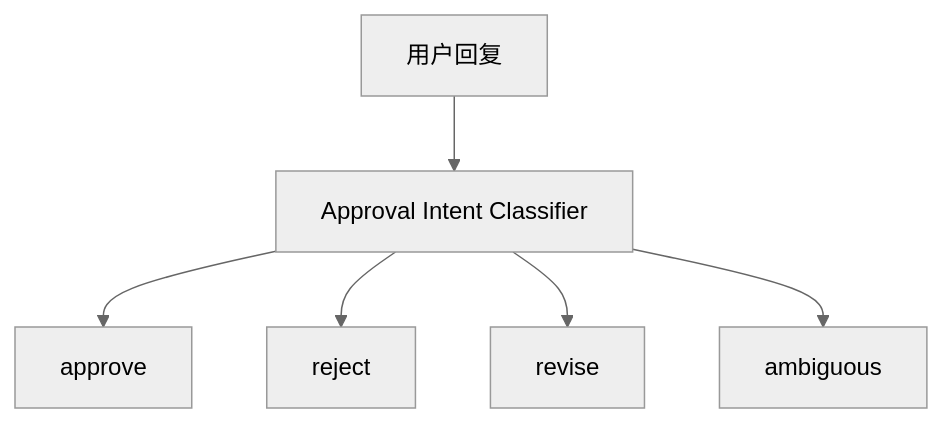
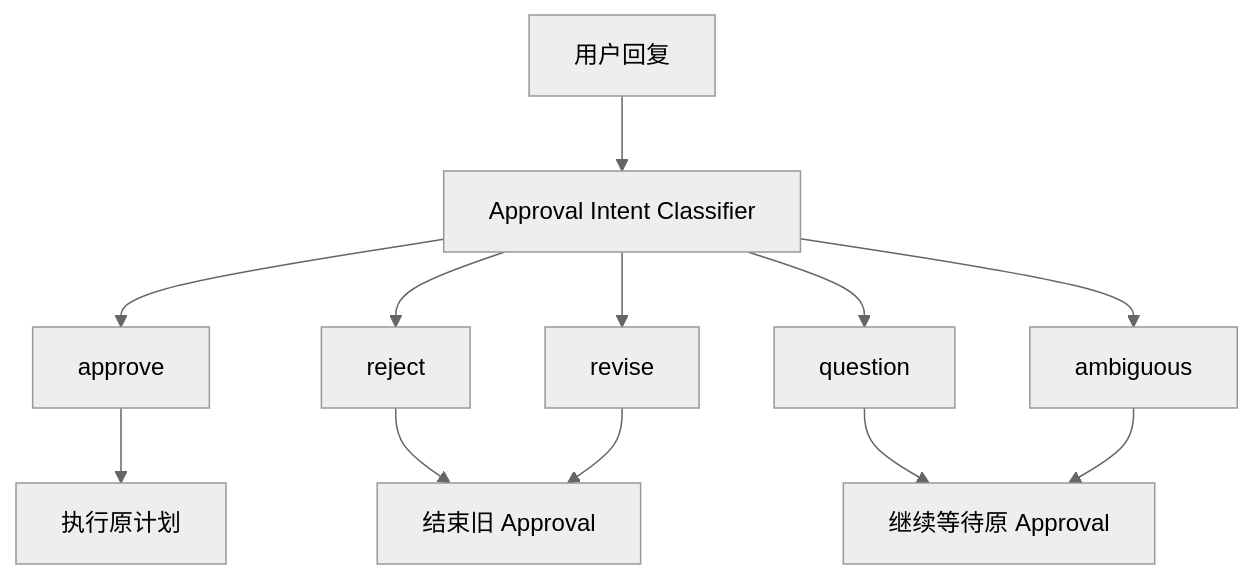
One commit to Arthur999459up/GitAgent changed the seventh of 19 diagrams in docs/08-approval-and-remote-mutations.md. Above: the diagram before and after it, drawn with Mermaid (neutral theme). The commit also changed other lines of this file and 3 other files, not shown here.

````diff
--- a/docs/08-approval-and-remote-mutations.md
+++ b/docs/08-approval-and-remote-mutations.md
@@ -112,8 +337,14 @@
 ```mermaid
 flowchart TD
     U[用户回复] --> C[Approval Intent Classifier]
     C --> A[approve]
     C --> R[reject]
     C --> V[revise]
+    C --> Q[question]
     C --> X[ambiguous]
+    Q --> W[继续等待原 Approval]
+    X --> W
+    A --> E[执行原计划]
+    R --> F[结束旧 Approval]
+    V --> F
 ```
````
